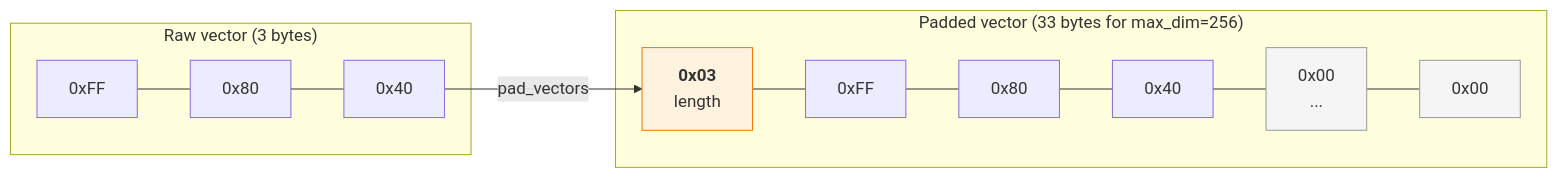
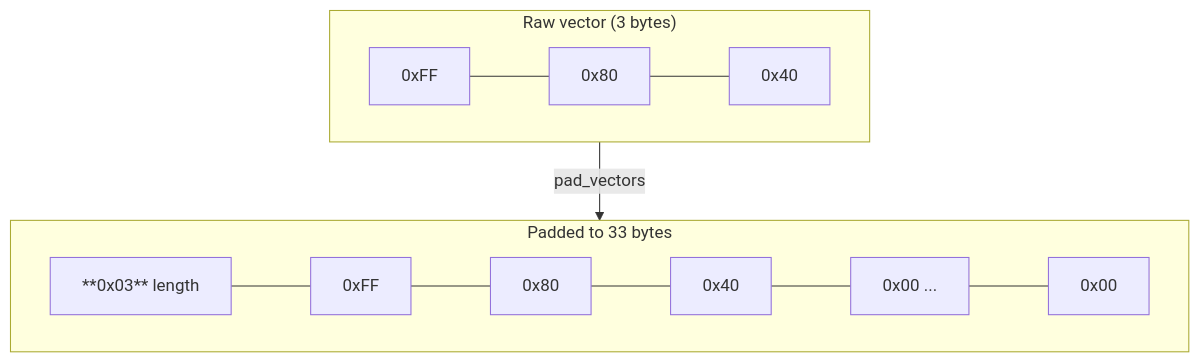
One commit to iscc/iscc-usearch changed the first of 2 diagrams in docs/explanation/architecture.md. Above: the diagram before and after it, drawn with Mermaid. The commit also changed other lines of this file and 3 other files, not shown here.

First line of the commit message:
docs: remove inline color styles from Mermaid diagrams

````diff
--- a/docs/explanation/architecture.md
+++ b/docs/explanation/architecture.md
@@ -18,16 +18,14 @@
 ```mermaid
-graph LR
-    subgraph "Raw vector (3 bytes)"
+flowchart TB
+    subgraph RAW ["Raw vector (3 bytes)"]
+        direction LR
         R1["0xFF"] --- R2["0x80"] --- R3["0x40"]
     end
 
-    subgraph "Padded vector (33 bytes for max_dim=256)"
-        P0["<b>0x03</b><br/>length"] --- P1["0xFF"] --- P2["0x80"] --- P3["0x40"] --- P4["0x00<br/>..."] --- P32["0x00"]
+    subgraph PAD ["Padded to 33 bytes"]
+        direction LR
+        P0["**0x03** length"] --- P1["0xFF"] --- P2["0x80"] --- P3["0x40"] --- P4["0x00 ..."] --- P32["0x00"]
     end
 
-    R3 -->|pad_vectors| P0
-
-    style P0 fill:#fff3e0,stroke:#f57c00
-    style P4 fill:#f5f5f5,stroke:#9e9e9e
-    style P32 fill:#f5f5f5,stroke:#9e9e9e
+    RAW -->|pad_vectors| PAD
 ```
````
